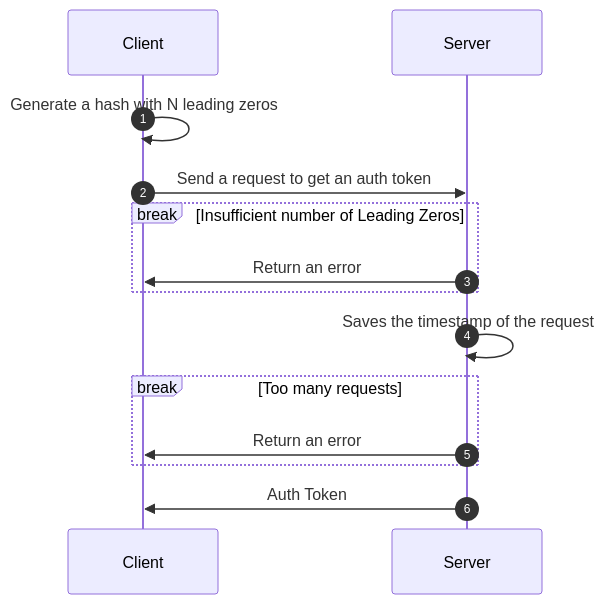
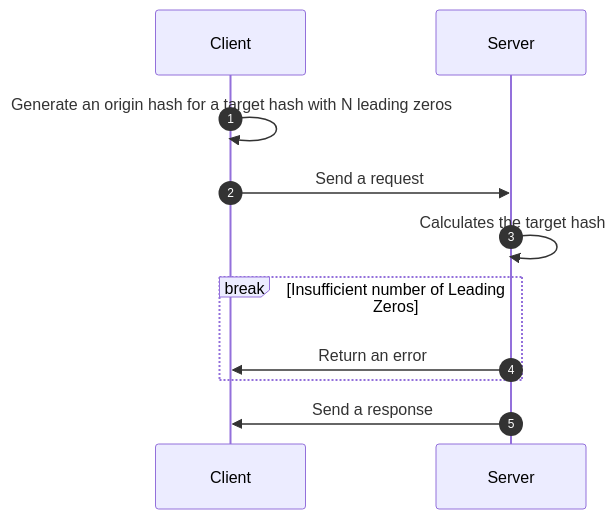
Before and after one commit to 1prefix/pow-account: the diagram in README.md, drawn with Mermaid. The commit also changed other lines of this file and 2 other files, not shown here.

Commit message:
Origin and Target hash logic

````diff
--- a/README.md
+++ b/README.md
@@ -13,22 +9,16 @@
 ```mermaid
 sequenceDiagram
     autonumber
     participant c as Client
     participant s as Server
 
-    c ->> c: Generate a hash with N leading zeros
-    c ->> s: Send a request to get an auth token
-
+    c ->> c: Generate an origin hash for a target hash with N leading zeros
+    c ->> s: Send a request
+    s ->> s: Calculates the target hash
 
     break Insufficient number of Leading Zeros
         s ->> c: Return an error
     end
 
-    s ->> s: Saves the timestamp of the request
-
-    break Too many requests
-        s ->> c: Return an error
-    end
-
-    s ->> c: Auth Token
+    s ->> c: Send a response
 ```
````
